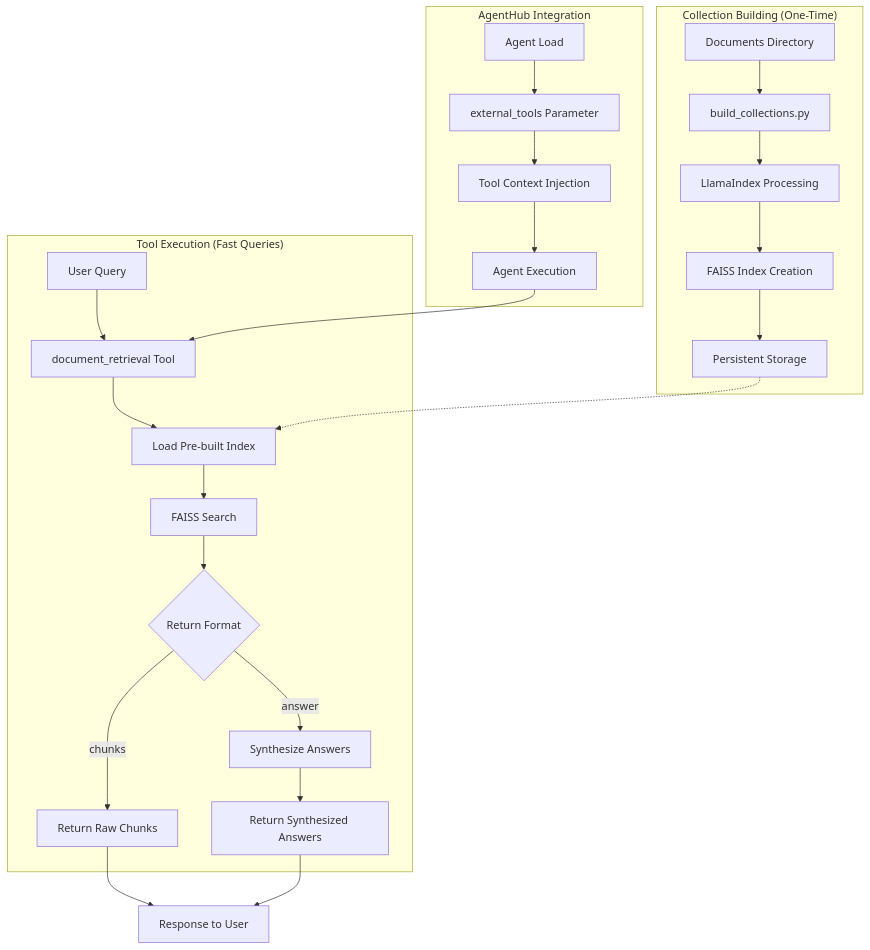
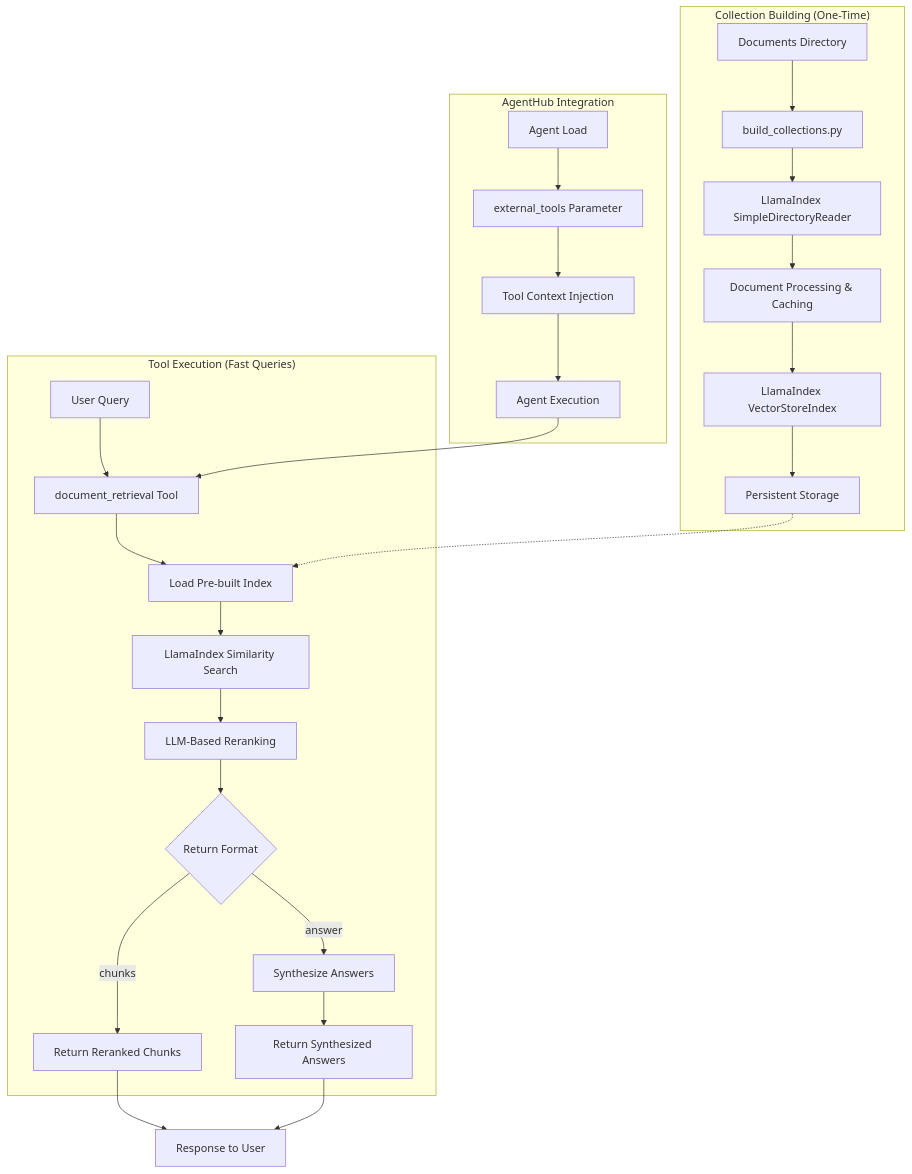
Before and after one commit to agentplug/agenthub: the diagram in docs/.implementation_design/phase3.3_mcp_tools/document_retrieval_tool_design.md, drawn with Mermaid. The commit also changed other lines of this file, not shown here.

First line of the commit message:
feat: integrate LlamaIndex-only approach with LLM reranking patterns

````diff
--- a/docs/.implementation_design/phase3.3_mcp_tools/document_retrieval_tool_design.md
+++ b/docs/.implementation_design/phase3.3_mcp_tools/document_retrieval_tool_design.md
@@ -24,30 +27,32 @@
 ```mermaid
 graph TB
     subgraph "Collection Building (One-Time)"
         A[Documents Directory] --> B[build_collections.py]
-        B --> C[LlamaIndex Processing]
-        C --> D[FAISS Index Creation]
-        D --> E[Persistent Storage]
+        B --> C[LlamaIndex SimpleDirectoryReader]
+        C --> D[Document Processing & Caching]
+        D --> E[LlamaIndex VectorStoreIndex]
+        E --> F[Persistent Storage]
     end
     
     subgraph "Tool Execution (Fast Queries)"
-        F[User Query] --> G[document_retrieval Tool]
-        G --> H[Load Pre-built Index]
-        H --> I[FAISS Search]
-        I --> J{Return Format}
-        J -->|chunks| K[Return Raw Chunks]
-        J -->|answer| L[Synthesize Answers]
-        L --> M[Return Synthesized Answers]
+        G[User Query] --> H[document_retrieval Tool]
+        H --> I[Load Pre-built Index]
+        I --> J[LlamaIndex Similarity Search]
+        J --> K[LLM-Based Reranking]
+        K --> L{Return Format}
+        L -->|chunks| M[Return Reranked Chunks]
+        L -->|answer| N[Synthesize Answers]
+        N --> O[Return Synthesized Answers]
     end
     
     subgraph "AgentHub Integration"
-        N[Agent Load] --> O[external_tools Parameter]
-        O --> P[Tool Context Injection]
-        P --> Q[Agent Execution]
-        Q --> G
+        P[Agent Load] --> Q[external_tools Parameter]
+        Q --> R[Tool Context Injection]
+        R --> S[Agent Execution]
+        S --> H
     end
     
-    E -.-> H
-    K --> R[Response to User]
-    M --> R
+    F -.-> I
+    M --> T[Response to User]
+    O --> T
 ```
````
